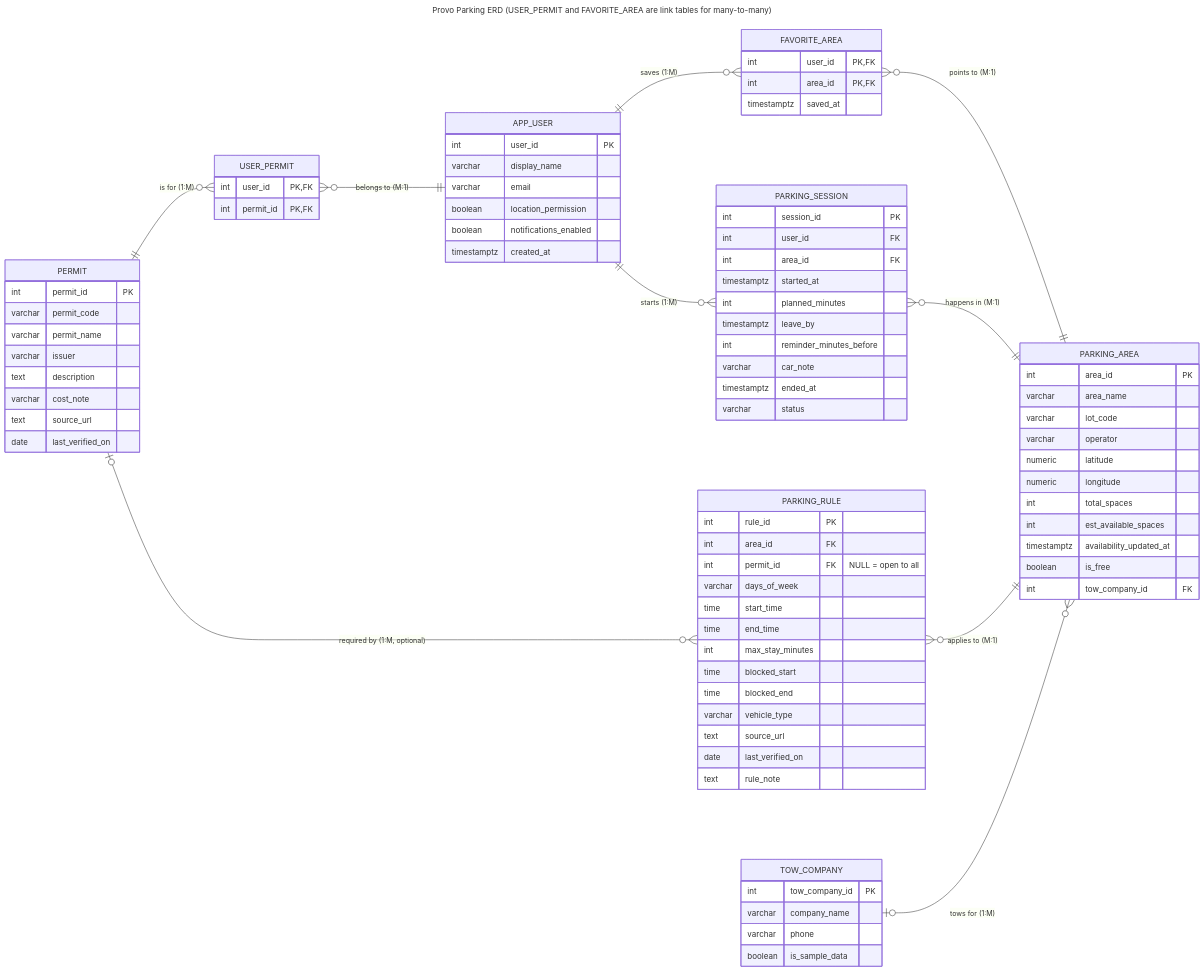
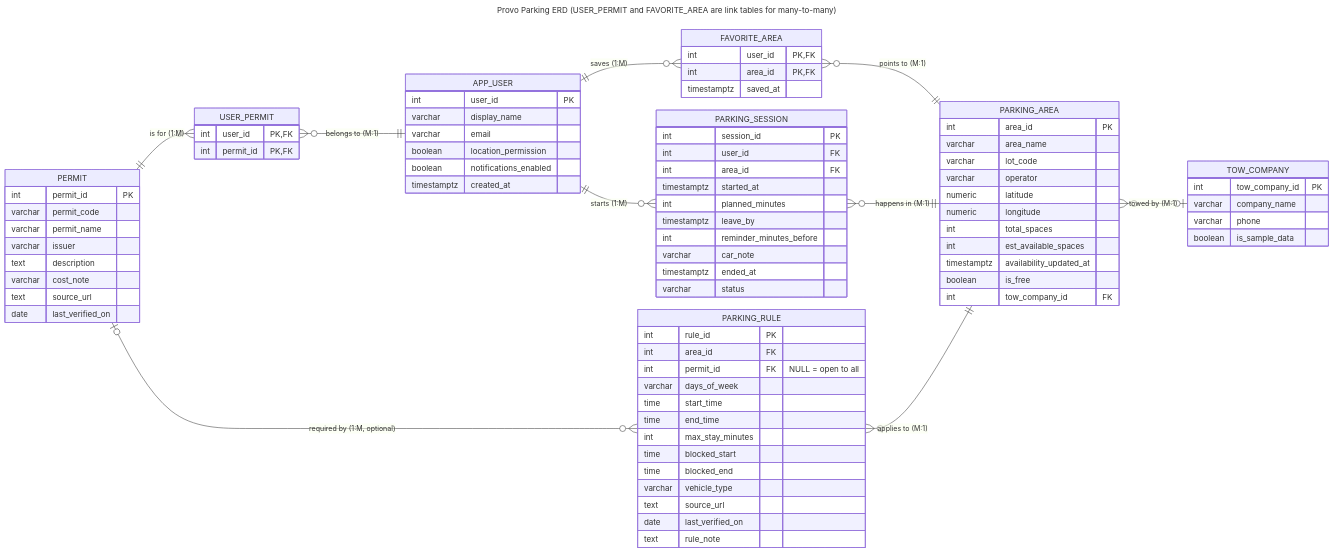
The diagram in docs/erd.mmd (ParkerMorris11/ProvoParking), drawn with Mermaid before and after one commit. The commit also changed 1 other file, not shown here.

Commit message:
Tighten ERD spacing and put TOW_COMPANY beside PARKING_AREA
Claude-Session: https://claude.ai/code/session_01DdEjXydVjiutYzgZs9ir16

```diff
--- a/docs/erd.mmd
+++ b/docs/erd.mmd
@@ -1,88 +1,93 @@
 ---
+config:
+  er:
+    nodeSpacing: 25
+    rankSpacing: 40
+    entityPadding: 8
 title: "Provo Parking ERD (USER_PERMIT and FAVORITE_AREA are link tables for many-to-many)"
 ---
 erDiagram
     direction LR
     PERMIT ||--o{ USER_PERMIT : "is for (1:M)"
     USER_PERMIT }o--|| APP_USER : "belongs to (M:1)"
     APP_USER ||--o{ FAVORITE_AREA : "saves (1:M)"
     APP_USER ||--o{ PARKING_SESSION : "starts (1:M)"
     FAVORITE_AREA }o--|| PARKING_AREA : "points to (M:1)"
     PARKING_SESSION }o--|| PARKING_AREA : "happens in (M:1)"
     PERMIT |o--o{ PARKING_RULE : "required by (1:M, optional)"
     PARKING_RULE }o--|| PARKING_AREA : "applies to (M:1)"
-    TOW_COMPANY |o--o{ PARKING_AREA : "tows for (1:M)"
+    PARKING_AREA }o--o| TOW_COMPANY : "towed by (M:1)"
 
     APP_USER {
         int user_id PK
         varchar display_name
         varchar email
         boolean location_permission
         boolean notifications_enabled
         timestamptz created_at
     }
     PERMIT {
         int permit_id PK
         varchar permit_code
         varchar permit_name
         varchar issuer
         text description
         varchar cost_note
         text source_url
         date last_verified_on
     }
     USER_PERMIT {
         int user_id PK,FK
         int permit_id PK,FK
     }
     PARKING_AREA {
         int area_id PK
         varchar area_name
         varchar lot_code
         varchar operator
         numeric latitude
         numeric longitude
         int total_spaces
         int est_available_spaces
         timestamptz availability_updated_at
         boolean is_free
         int tow_company_id FK
     }
     PARKING_RULE {
         int rule_id PK
         int area_id FK
         int permit_id FK "NULL = open to all"
         varchar days_of_week
         time start_time
         time end_time
         int max_stay_minutes
         time blocked_start
         time blocked_end
         varchar vehicle_type
         text source_url
         date last_verified_on
         text rule_note
     }
     FAVORITE_AREA {
         int user_id PK,FK
         int area_id PK,FK
         timestamptz saved_at
     }
     PARKING_SESSION {
         int session_id PK
         int user_id FK
         int area_id FK
         timestamptz started_at
         int planned_minutes
         timestamptz leave_by
         int reminder_minutes_before
         varchar car_note
         timestamptz ended_at
         varchar status
     }
     TOW_COMPANY {
         int tow_company_id PK
         varchar company_name
         varchar phone
         boolean is_sample_data
     }
```
